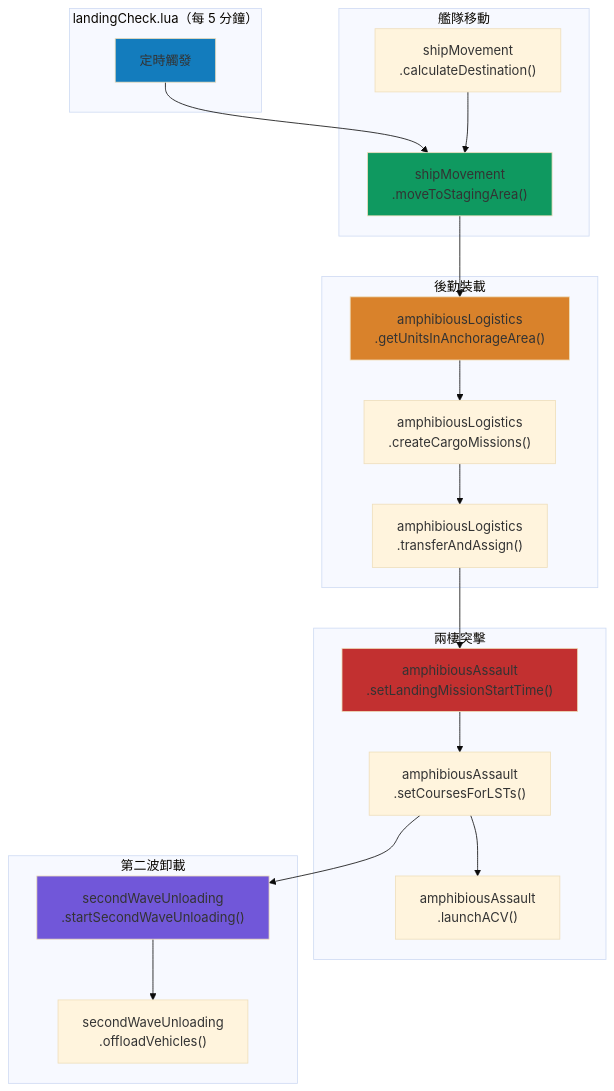
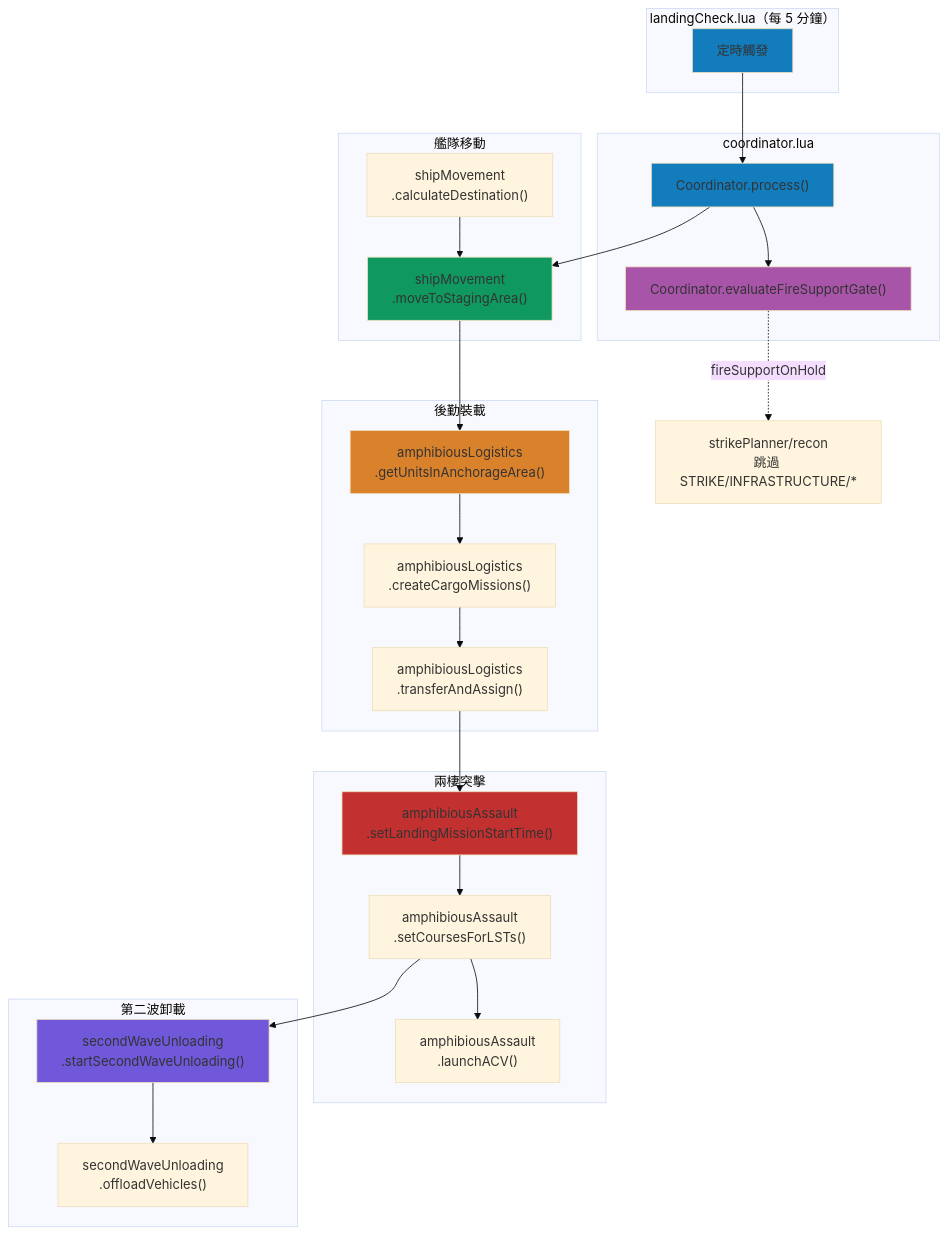
The first of 3 diagrams in docs/landingOps/README.md (pullupjumper/formosa-in-flames), drawn with Mermaid (base theme) before and after one commit. The commit also changed other lines of this file and 5 other files, not shown here.

First line of the commit message:
docs(modules): document fire-support hold gate and recon matrix refactor

````diff
--- a/docs/landingOps/README.md
+++ b/docs/landingOps/README.md
@@ -42,42 +43,52 @@
 ```mermaid
 flowchart TB
     subgraph 觸發器["landingCheck.lua（每 5 分鐘）"]
         TRIGGER[定時觸發]
+    end
+
+    subgraph 編排層["coordinator.lua"]
+        COORD["Coordinator.process()"]
+        GATE["Coordinator.evaluateFireSupportGate()"]
     end
 
     subgraph 階段一["艦隊移動"]
         SM["shipMovement<br>.moveToStagingArea()"]
         CALC["shipMovement<br>.calculateDestination()"]
     end
 
     subgraph 階段二["後勤裝載"]
         AL_GET["amphibiousLogistics<br>.getUnitsInAnchorageArea()"]
         AL_CREATE["amphibiousLogistics<br>.createCargoMissions()"]
         AL_TRANSFER["amphibiousLogistics<br>.transferAndAssign()"]
     end
 
     subgraph 階段三["兩棲突擊"]
         AA_TIME["amphibiousAssault<br>.setLandingMissionStartTime()"]
         AA_COURSE["amphibiousAssault<br>.setCoursesForLSTs()"]
         AA_ACV["amphibiousAssault<br>.launchACV()"]
     end
 
     subgraph 階段四["第二波卸載"]
         SW_START["secondWaveUnloading<br>.startSecondWaveUnloading()"]
         SW_OFFLOAD["secondWaveUnloading<br>.offloadVehicles()"]
     end
 
-    TRIGGER --> SM
+    TRIGGER --> COORD
+    COORD --> SM
     CALC --> SM
     SM --> AL_GET
     AL_GET --> AL_CREATE --> AL_TRANSFER
     AL_TRANSFER --> AA_TIME --> AA_COURSE
     AA_COURSE --> AA_ACV
     AA_COURSE --> SW_START --> SW_OFFLOAD
+    COORD --> GATE
+    GATE -.->|fireSupportOnHold| RECON["strikePlanner/recon<br>跳過 STRIKE/INFRASTRUCTURE/*"]
 
     style TRIGGER fill:#137cbd
+    style COORD fill:#137cbd
+    style GATE fill:#a854a8
     style SM fill:#0f9960
     style AL_GET fill:#d9822b
     style AA_TIME fill:#c23030
     style SW_START fill:#7157d9
 ```
````
